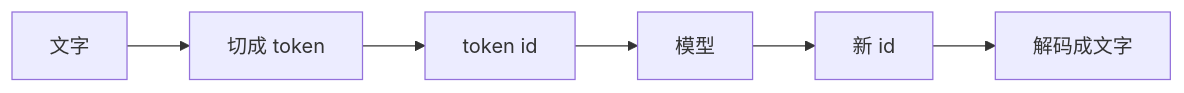
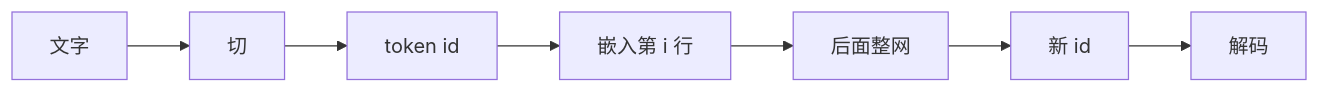
The diagram in web/src/content/beginner/cn/tokenizer.md (chaxus/arche), drawn with Mermaid before and after one commit. The commit also changed other lines of this file and 9 other files, not shown here.

````diff
--- a/web/src/content/beginner/cn/tokenizer.md
+++ b/web/src/content/beginner/cn/tokenizer.md
@@ -12,8 +14,9 @@
 ```mermaid
 flowchart LR
-  text[文字] --> cut[切成 token]
+  text[文字] --> cut[切]
   cut --> ids[token id]
-  ids --> model[模型]
-  model --> ids2[新 id]
-  ids2 --> back[解码成文字]
+  ids --> emb[嵌入第 i 行]
+  emb --> stack[后面整网]
+  stack --> ids2[新 id]
+  ids2 --> back[解码]
 ```
````
